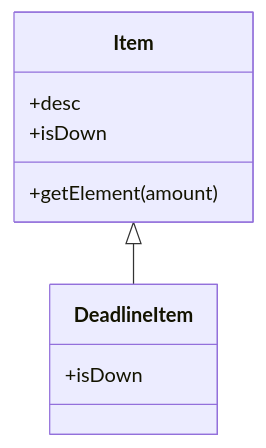
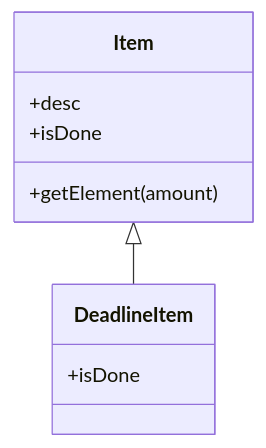
Before and after one commit to hughxusu/lesson-front-end: the second of 2 diagrams in docs/d-js/c-es6/e-继承.md, drawn with Mermaid. The commit also changed other lines of this file and 14 other files, not shown here.

````diff
--- a/docs/d-js/c-es6/e-继承.md
+++ b/docs/d-js/c-es6/e-继承.md
@@ -84,12 +84,12 @@
 ```mermaid
 classDiagram
     class Item
     Item : +desc
-    Item : +isDown
+    Item : +isDone
     Item : +getElement(amount)
    
     class DeadlineItem
-    DeadlineItem : +isDown
+    DeadlineItem : +isDone
     
     Item <|-- DeadlineItem
 ```
````
